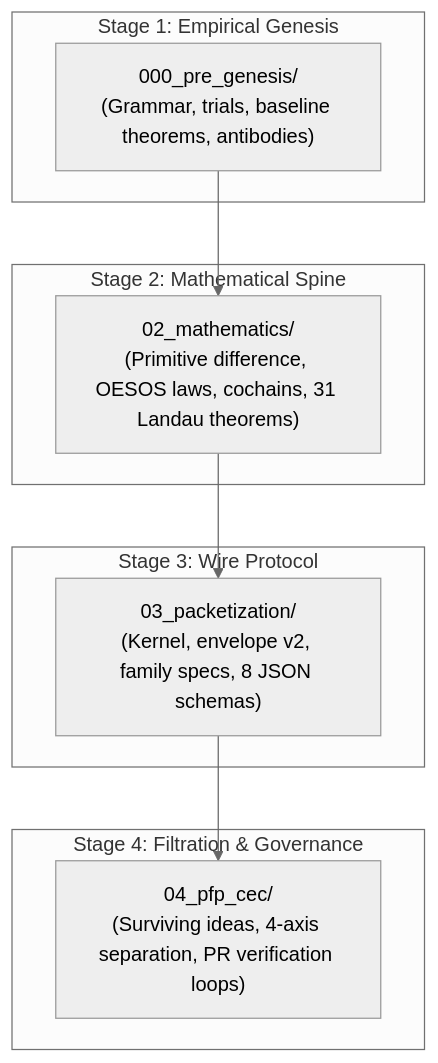
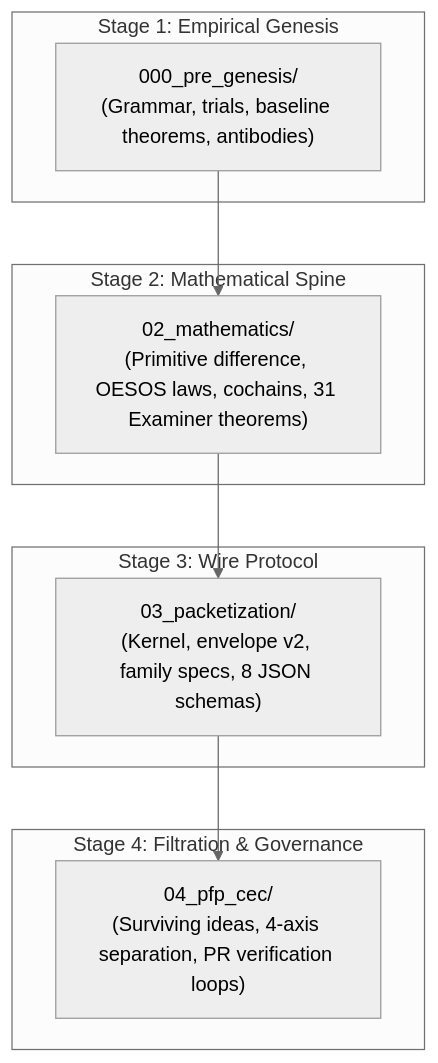
Before and after one commit to dbccpage/proposal_fidelity_protocol_pfp: the diagram in education/004_oepfp/docs/00_master_synthesis_and_cartography.md, drawn with Mermaid (neutral theme). The commit also changed other lines of this file and 8328 other files, not shown here.

````diff
--- a/education/004_oepfp/docs/00_master_synthesis_and_cartography.md
+++ b/education/004_oepfp/docs/00_master_synthesis_and_cartography.md
@@ -71,22 +71,22 @@
 ```mermaid
 graph TD
     subgraph "Stage 1: Empirical Genesis"
         E["000_pre_genesis/<br/>(Grammar, trials, baseline theorems, antibodies)"]
     end
 
     subgraph "Stage 2: Mathematical Spine"
-        M["02_mathematics/<br/>(Primitive difference, OESOS laws, cochains, 31 Landau theorems)"]
+        M["02_mathematics/<br/>(Primitive difference, OESOS laws, cochains, 31 Examiner theorems)"]
     end
 
     subgraph "Stage 3: Wire Protocol"
         P["03_packetization/<br/>(Kernel, envelope v2, family specs, 8 JSON schemas)"]
     end
 
     subgraph "Stage 4: Filtration & Governance"
         G["04_pfp_cec/<br/>(Surviving ideas, 4-axis separation, PR verification loops)"]
     end
 
     E --> M
     M --> P
     P --> G
 ```
````
